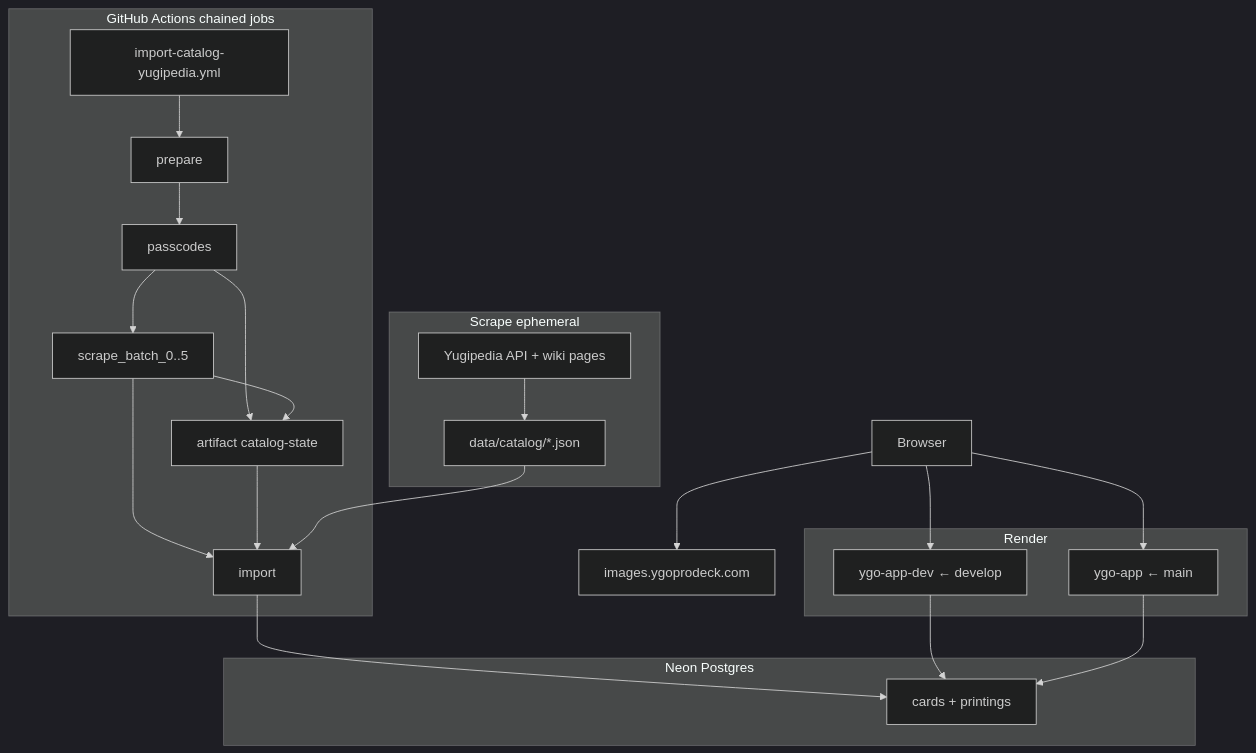
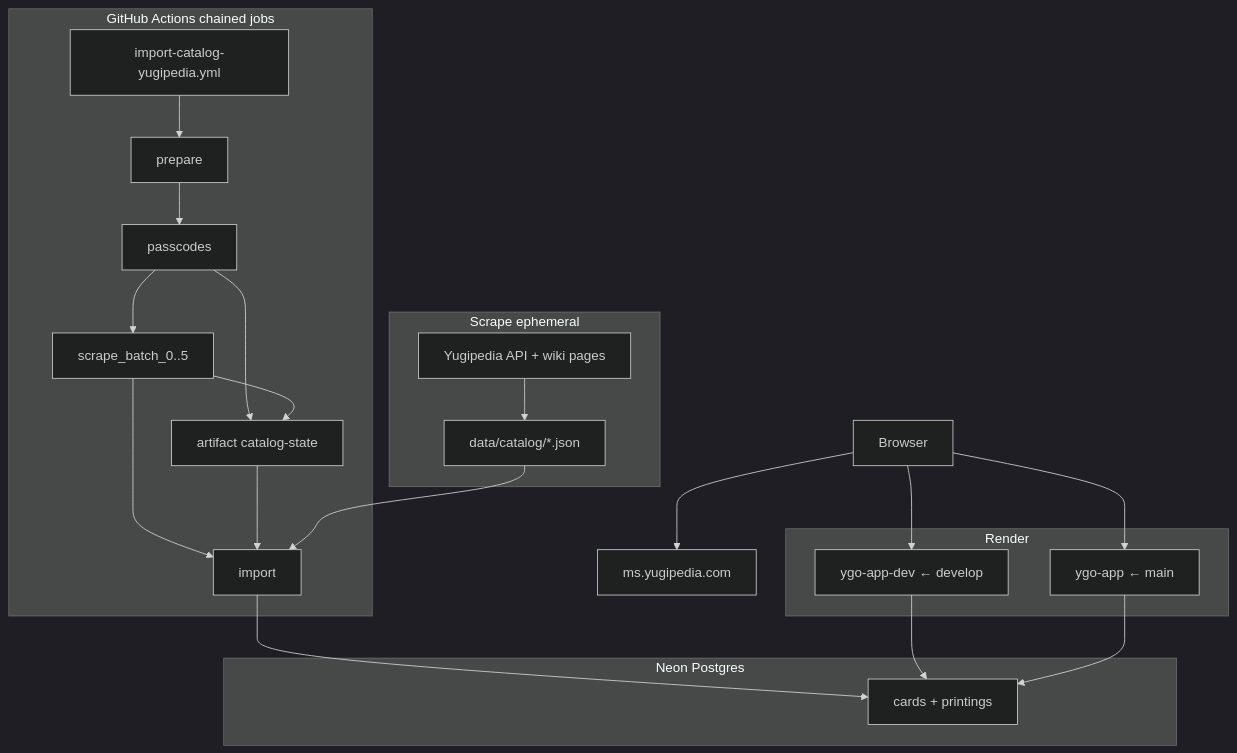
One commit to egera24/YGO-DB changed the diagram in agent_handoff.md. Above: the diagram before and after it, drawn with Mermaid (dark theme). The commit also changed other lines of this file and 9 other files, not shown here.

````diff
--- a/agent_handoff.md
+++ b/agent_handoff.md
@@ -46,34 +46,34 @@
 ```mermaid
 flowchart TB
   subgraph scrape [Scrape ephemeral]
     Wiki[Yugipedia API + wiki pages]
     JSON["data/catalog/*.json"]
     Wiki --> JSON
   end
   subgraph gha [GitHub Actions chained jobs]
     WF["import-catalog-yugipedia.yml"]
     P[prepare]
     PC[passcodes]
     B0[scrape_batch_0..5]
     IM[import]
     Art["artifact catalog-state"]
     WF --> P --> PC --> B0 --> IM
     PC --> Art
     B0 --> Art
     Art --> IM
   end
   subgraph neon [Neon Postgres]
     Cards[cards + printings]
   end
   subgraph render [Render]
     DevWeb["ygo-app-dev ← develop"]
     ProdWeb["ygo-app ← main"]
   end
   JSON --> IM
   IM --> Cards
   DevWeb --> Cards
   ProdWeb --> Cards
   Browser --> DevWeb
   Browser --> ProdWeb
-  Browser --> CDN["images.ygoprodeck.com"]
+  Browser --> CDN["ms.yugipedia.com"]
 ```
````
